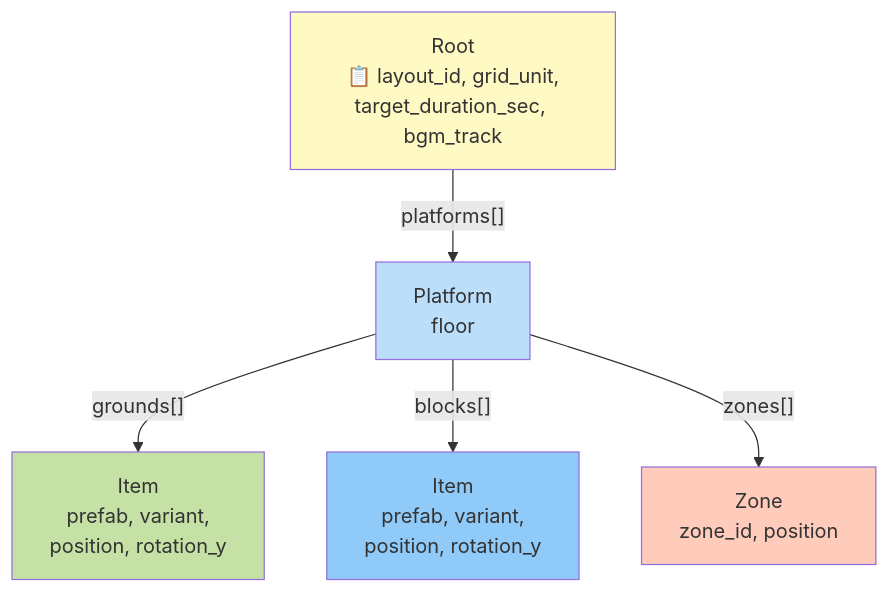
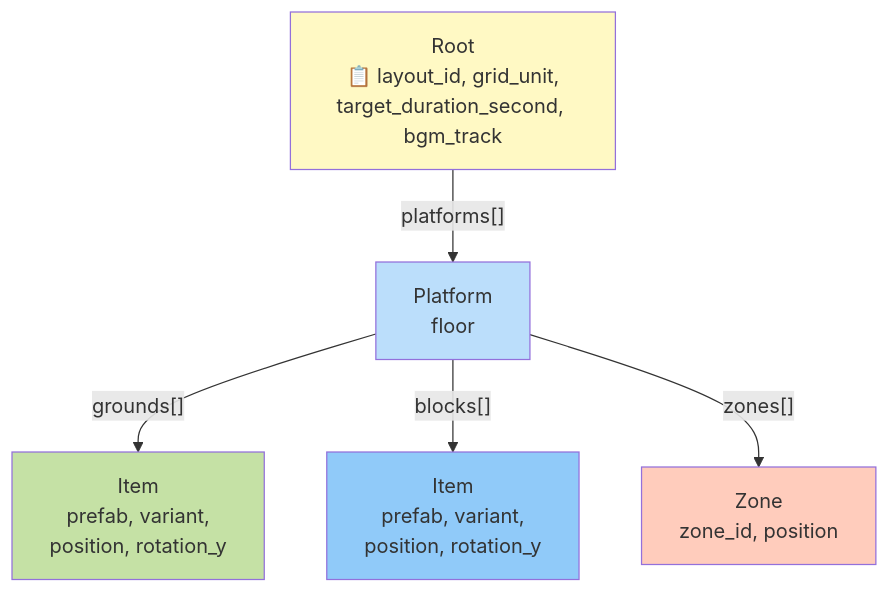
Diagram 19 of 39 in docs/briko_spec.md (hiroxpepe/briko), drawn with Mermaid before and after one commit. The commit also changed other lines of this file and 7 other files, not shown here.

````diff
--- a/docs/briko_spec.md
+++ b/docs/briko_spec.md
@@ -652,14 +652,14 @@
 ```mermaid
 graph TB
-    Root["Root<br/>📋 layout_id, grid_unit,<br/>target_duration_sec, bgm_track"]
+    Root["Root<br/>📋 layout_id, grid_unit,<br/>target_duration_second, bgm_track"]
     Root -->|"platforms[]"| P[Platform<br/>floor]
     P -->|"grounds[]"| I1[Item<br/>prefab, variant,<br/>position, rotation_y]
     P -->|"blocks[]"| I2[Item<br/>prefab, variant,<br/>position, rotation_y]
     P -->|"zones[]"| Z[Zone<br/>zone_id, position]
 
     style Root fill:#fff9c4
     style P fill:#bbdefb
     style I1 fill:#c5e1a5
     style I2 fill:#90caf9
     style Z fill:#ffccbc
 ```
````
